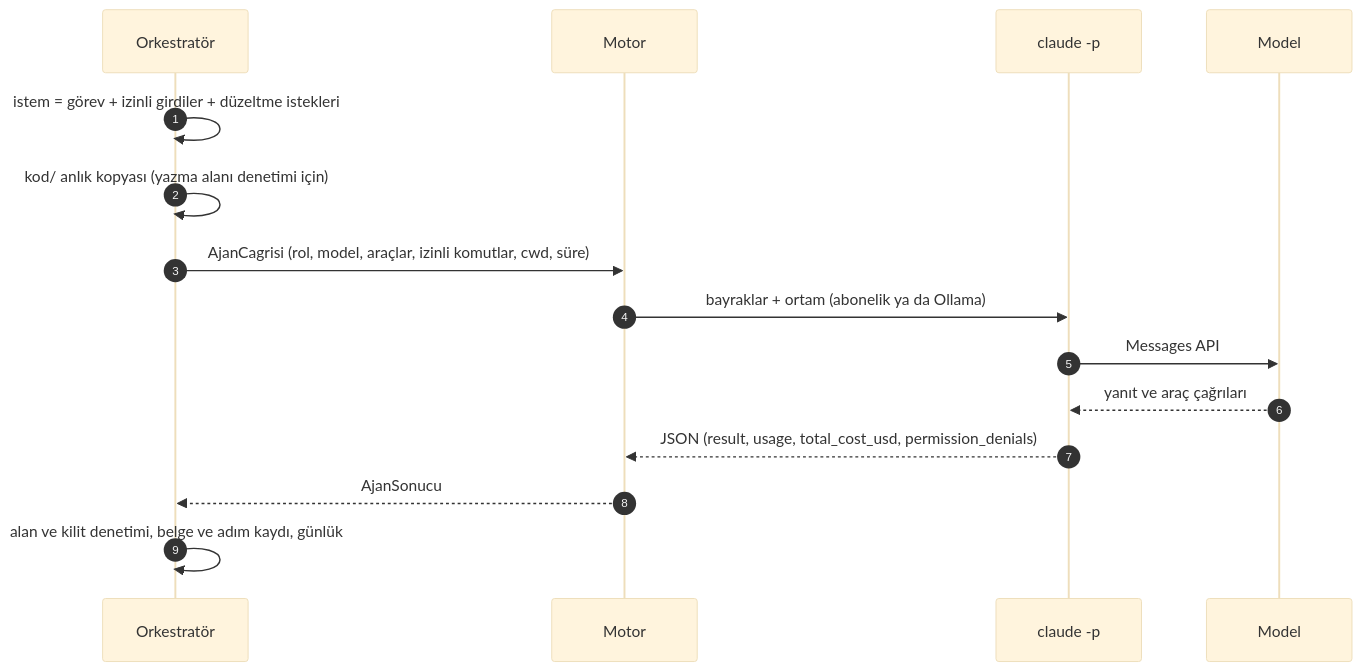
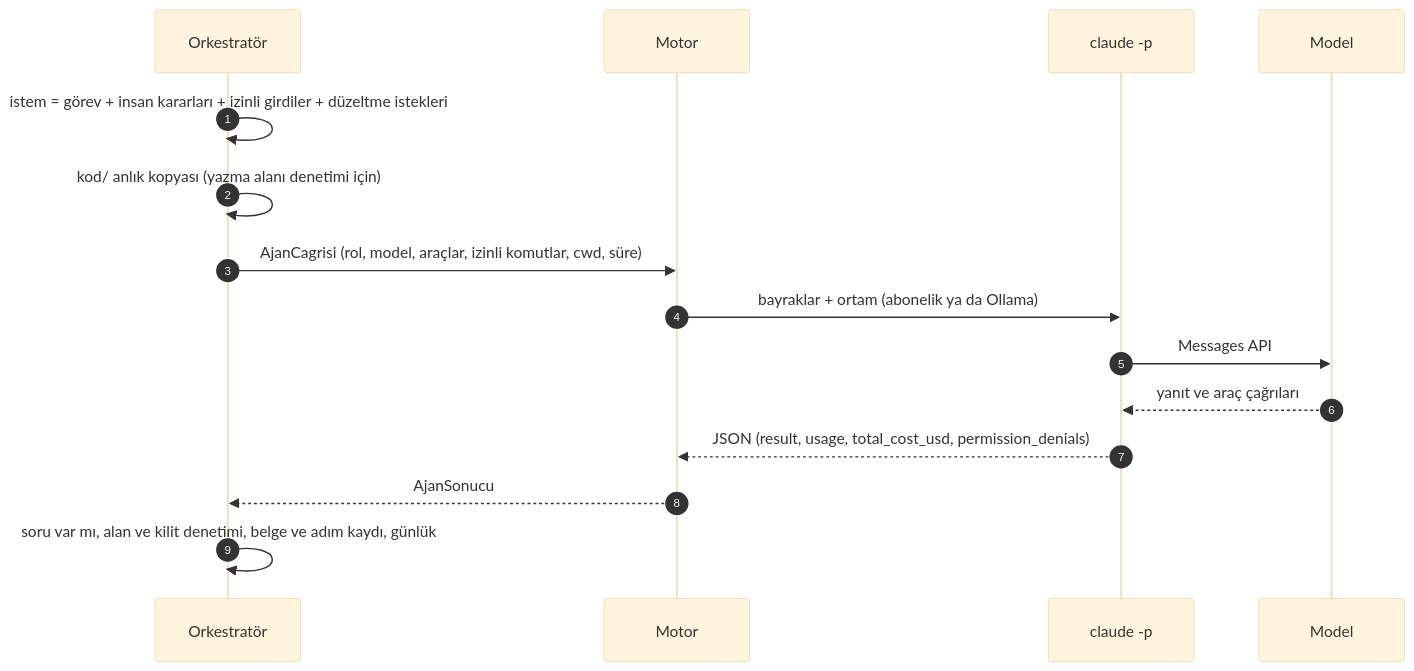
Before and after one commit to kagantantan/kovan: the third of 6 diagrams in README.md, drawn with Mermaid (base theme). The commit also changed other lines of this file and 74 other files, not shown here.

````diff
--- a/README.md
+++ b/README.md
@@ -109,17 +119,17 @@
 ```mermaid
 sequenceDiagram
     autonumber
     participant O as Orkestratör
     participant M as Motor
     participant C as claude -p
     participant L as Model
-    O->>O: istem = görev + izinli girdiler + düzeltme istekleri
+    O->>O: istem = görev + insan kararları + izinli girdiler + düzeltme istekleri
     O->>O: kod/ anlık kopyası (yazma alanı denetimi için)
     O->>M: AjanCagrisi (rol, model, araçlar, izinli komutlar, cwd, süre)
     M->>C: bayraklar + ortam (abonelik ya da Ollama)
     C->>L: Messages API
     L-->>C: yanıt ve araç çağrıları
     C-->>M: JSON (result, usage, total_cost_usd, permission_denials)
     M-->>O: AjanSonucu
-    O->>O: alan ve kilit denetimi, belge ve adım kaydı, günlük
+    O->>O: soru var mı, alan ve kilit denetimi, belge ve adım kaydı, günlük
 ```
````
